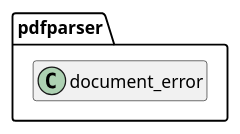
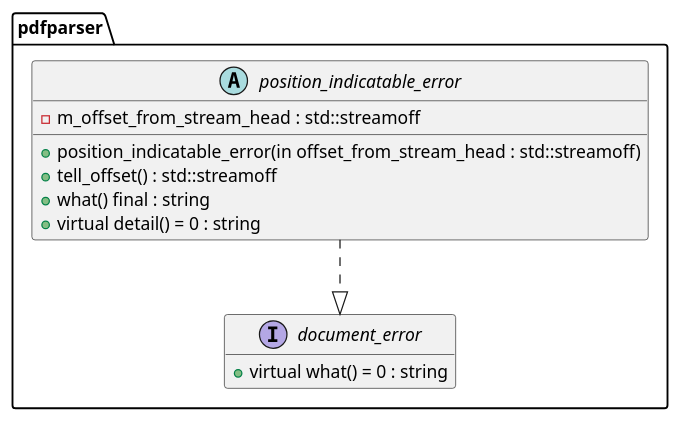
Before and after one commit to KodaiYM/PDFReader: the diagram in document/document_reader/document_error.class.pu, drawn with PlantUML. The commit also changed 23 other files, not shown here.

```diff
--- a/document/document_reader/document_error.class.pu
+++ b/document/document_reader/document_error.class.pu
@@ -1,7 +1,17 @@
 @startuml document_error
 hide empty members
 namespace pdfparser {
-class document_error {
+interface document_error {
+	+virtual what() = 0 : string
 }
+
+abstract position_indicatable_error {
+	-m_offset_from_stream_head : std::streamoff
+	+position_indicatable_error(in offset_from_stream_head : std::streamoff)
+	+tell_offset() : std::streamoff
+	+what() final : string
+	+virtual detail() = 0 : string
+}
+position_indicatable_error ..|> document_error
 }
 @enduml
```
